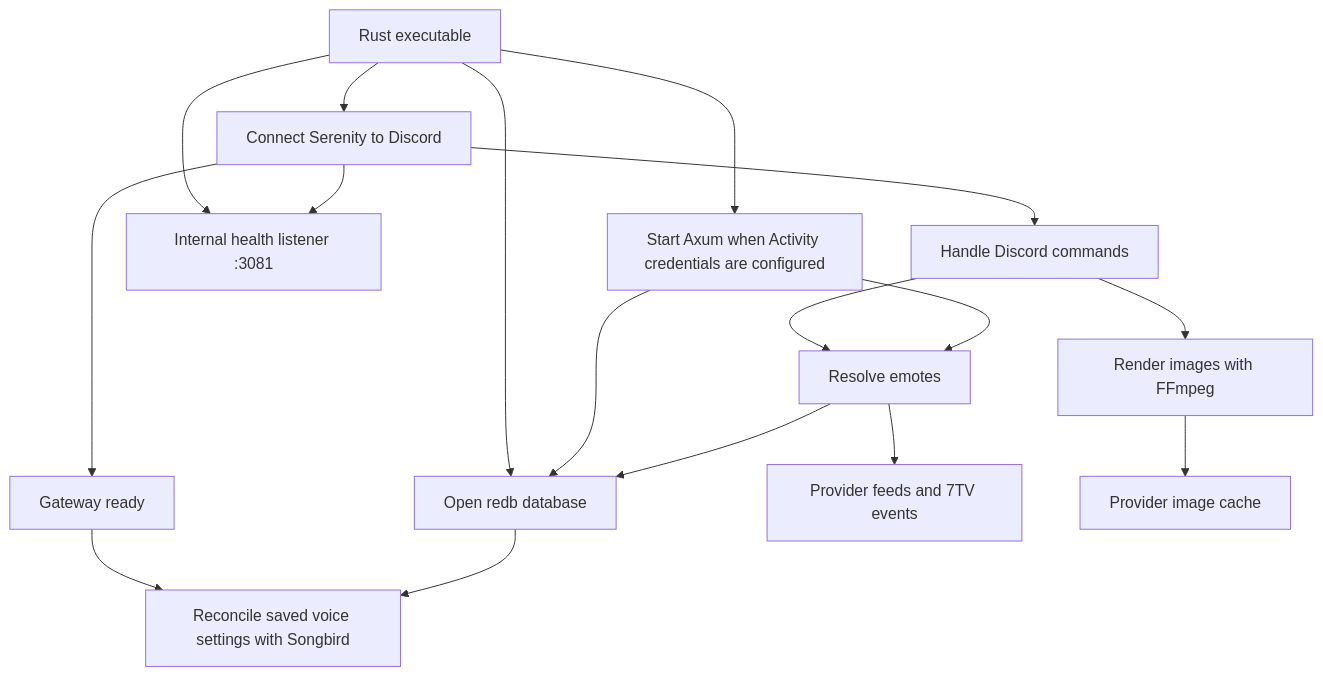
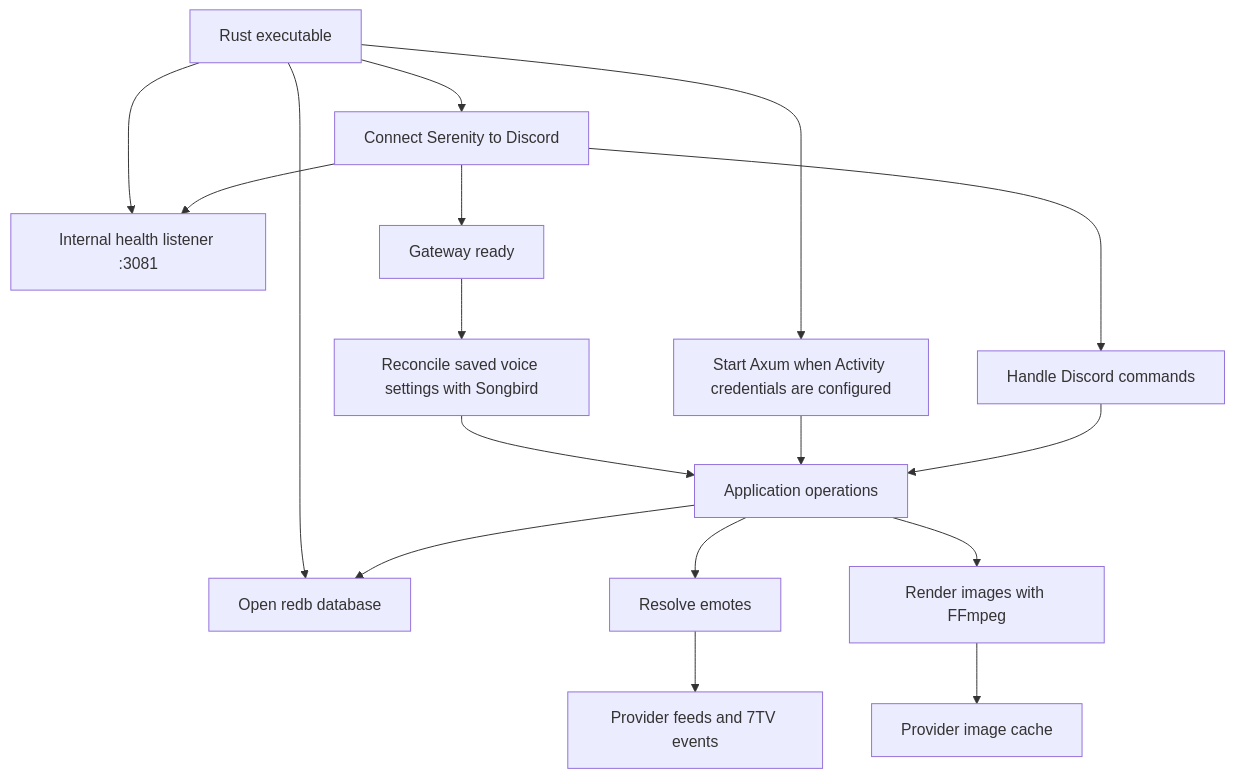
Before and after one commit to MrewyOrg/Botge: the first of 3 diagrams in docs/ARCHITECTURE.md, drawn with Mermaid. The commit also changed other lines of this file and 6 other files, not shown here.

Commit message:
docs(architecture): align diagrams with the Rust workspace

````diff
--- a/docs/ARCHITECTURE.md
+++ b/docs/ARCHITECTURE.md
@@ -27,19 +33,19 @@
 ```mermaid
 flowchart TD
     Start["Rust executable"] --> Store["Open redb database"]
     Start --> Discord["Connect Serenity to Discord"]
     Start --> API["Start Axum when Activity credentials are configured"]
     Start --> Health["Internal health listener :3081"]
     Discord --> Health
     Discord --> Ready["Gateway ready"]
     Ready --> Voice["Reconcile saved voice settings with Songbird"]
-    Store --> Voice
-    API --> Store
+    App["Application operations"] --> Store
+    Voice --> App
+    API --> App
     Discord --> Commands["Handle Discord commands"]
-    Commands --> Catalog["Resolve emotes"]
-    Commands --> Renderer["Render images with FFmpeg"]
-    API --> Catalog
-    Catalog --> Store
+    Commands --> App
+    App --> Catalog["Resolve emotes"]
+    App --> Renderer["Render images with FFmpeg"]
     Catalog --> Providers["Provider feeds and 7TV events"]
     Renderer --> Cache["Provider image cache"]
 ```
````
